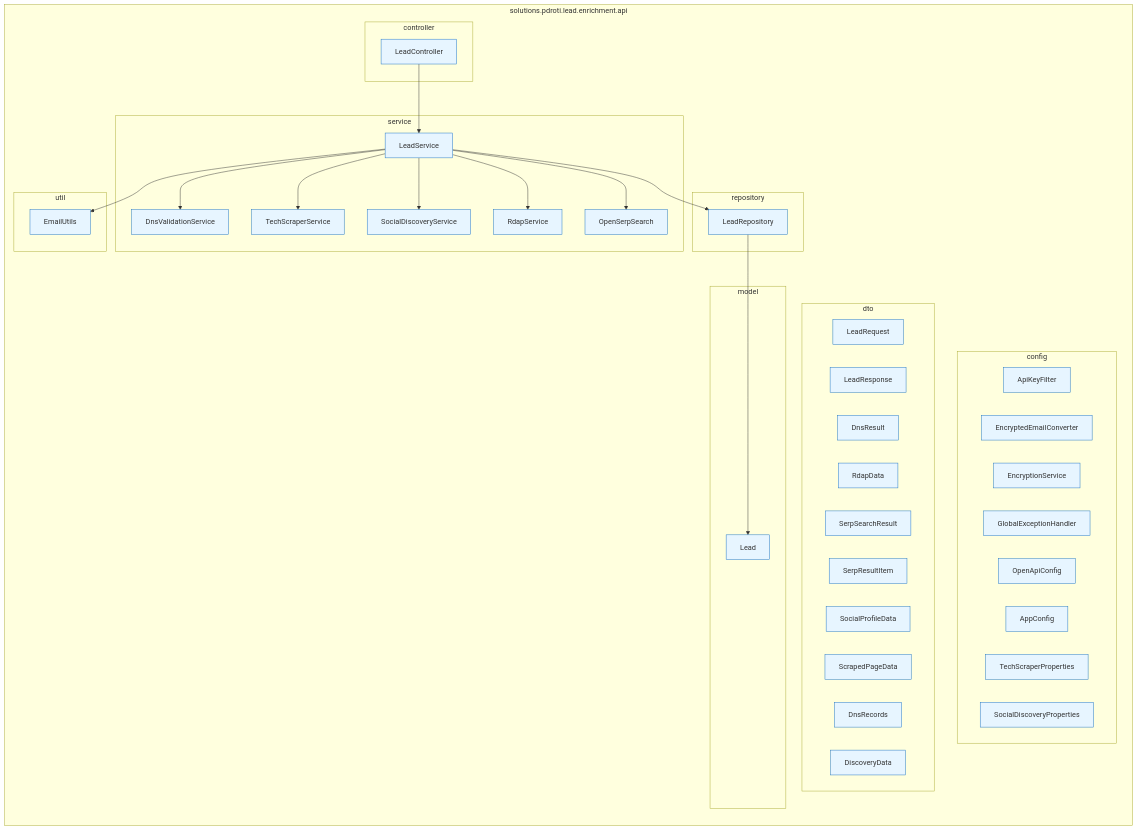
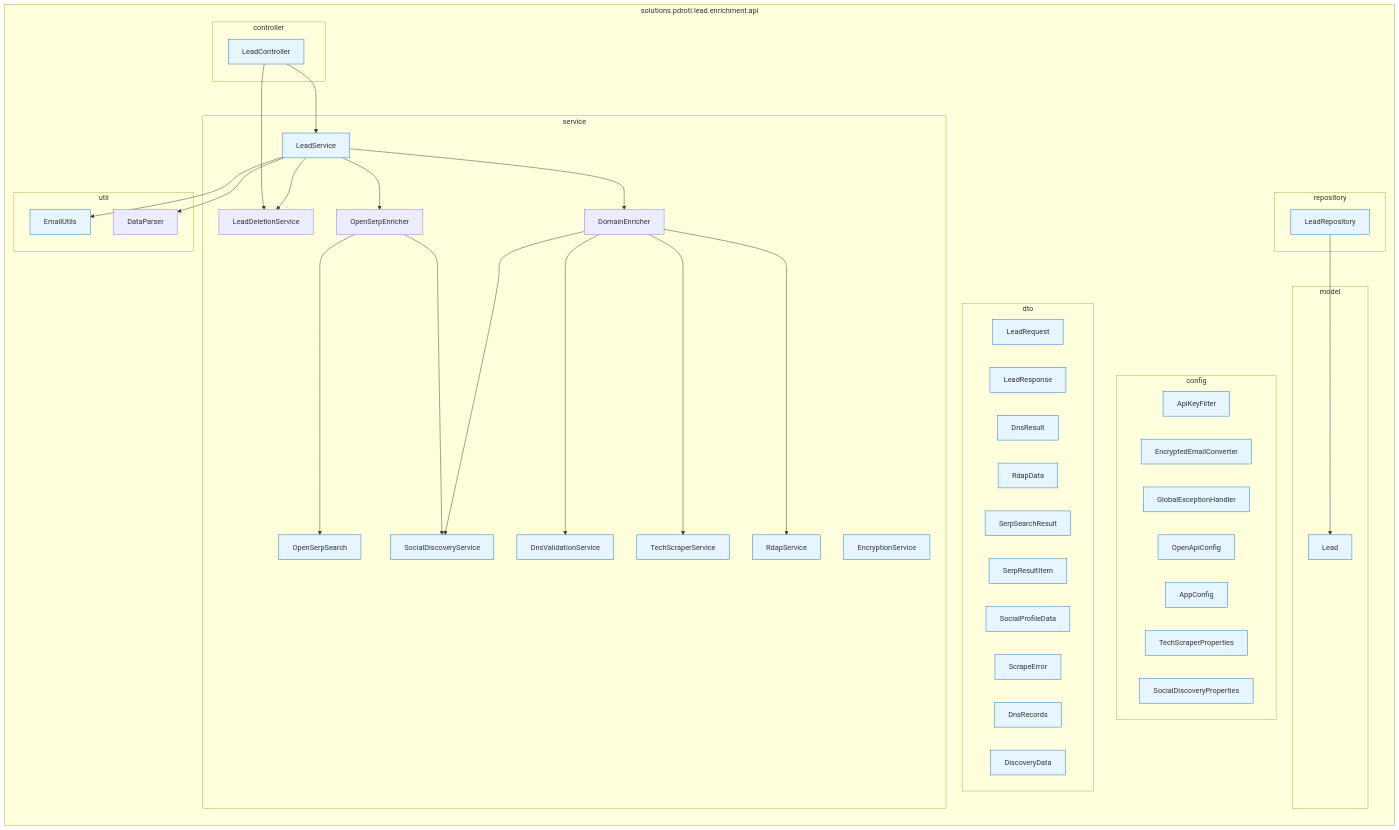
One commit to pdrodavi/lead-enrichment-api changed the third of 4 diagrams in docs/diagrams/mermaid-fluxo-enriquecimento.md. Above: the diagram before and after it, drawn with Mermaid. The commit also changed other lines of this file and 40 other files, not shown here.

````diff
--- a/docs/diagrams/mermaid-fluxo-enriquecimento.md
+++ b/docs/diagrams/mermaid-fluxo-enriquecimento.md
@@ -76,61 +85,71 @@
 ```mermaid
 graph TB
     subgraph "solutions.pdroti.lead.enrichment.api"
         direction TB
         subgraph "config"
             AKF[ApiKeyFilter]
             EEC[EncryptedEmailConverter]
-            ES[EncryptionService]
             GEH[GlobalExceptionHandler]
             OAC[OpenApiConfig]
             APP[AppConfig]
             TCP[TechScraperProperties]
             SDP[SocialDiscoveryProperties]
         end
         subgraph "controller"
             LC[LeadController]
         end
         subgraph "dto"
             LRQ[LeadRequest]
             LRS[LeadResponse]
             DR[DnsResult]
             RD[RdapData]
             SSR[SerpSearchResult]
             SRI[SerpResultItem]
             SPD[SocialProfileData]
             SCR[ScrapedPageData]
             DNR[DnsRecords]
             DCD[DiscoveryData]
         end
         subgraph "model"
             L[Lead]
         end
         subgraph "repository"
             LREPO[LeadRepository]
         end
         subgraph "service"
             LS[LeadService]
+            OSE[OpenSerpEnricher]
+            DE[DomainEnricher]
+            LDS[LeadDeletionService]
+            ES[EncryptionService]
             DNS[DnsValidationService]
             TSS[TechScraperService]
             SDS[SocialDiscoveryService]
             RS[RdapService]
             OSS[OpenSerpSearch]
+            SCR[ScrapeError]
         end
         subgraph "util"
             EU[EmailUtils]
+            DP[DataParser]
         end
     end
     
     LC --> LS
-    LS --> LREPO
-    LS --> DNS
-    LS --> TSS
-    LS --> SDS
-    LS --> RS
-    LS --> OSS
+    LC --> LDS
+    LS --> OSE
+    LS --> DE
+    LS --> LDS
+    LS --> DP
     LS --> EU
+    OSE --> OSS
+    OSE --> SDS
+    DE --> DNS
+    DE --> TSS
+    DE --> SDS
+    DE --> RS
     LREPO --> L
     
     classDef package fill:#e7f5ff,stroke:#1971c2,stroke-width:1px
     class AKF,EEC,ES,GEH,OAC,APP,TCP,SDP,LC,LRQ,LRS,DR,RD,SSR,SRI,SPD,SCR,DNR,DCD,L,LREPO,LS,DNS,TSS,SDS,RS,OSS,EU package
 ```
````
